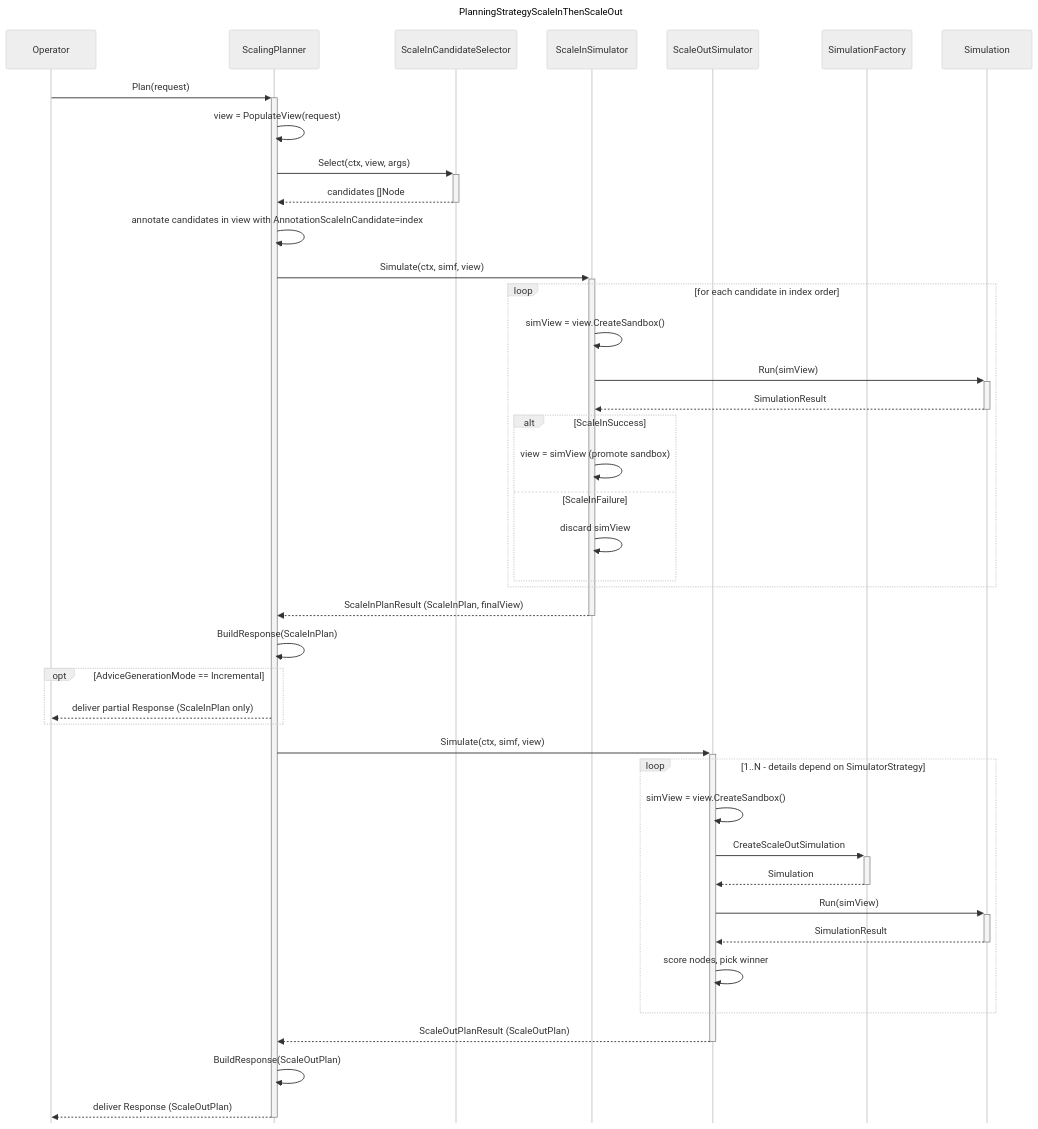
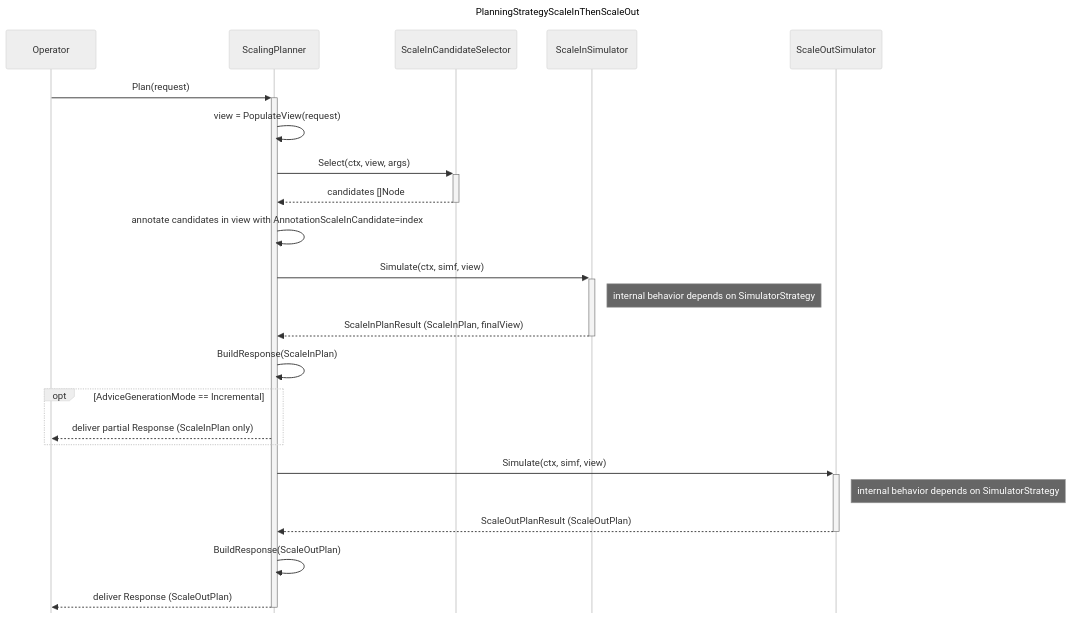
The fourth of 8 diagrams in docs/design.md (gardener/scaling-advisor), drawn with Mermaid (neutral theme) before and after one commit. The commit also changed other lines of this file and 2 other files, not shown here.

````diff
--- a/docs/design.md
+++ b/docs/design.md
@@ -274,53 +266,33 @@
 ```mermaid
 ---
 title: PlanningStrategyScaleInThenScaleOut
 config:
   sequence:
     mirrorActors: false
 ---
 sequenceDiagram
     participant op as Operator
     participant sp as ScalingPlanner
     participant selector as ScaleInCandidateSelector
     participant sis as ScaleInSimulator
     participant sos as ScaleOutSimulator
-    participant simf as SimulationFactory
-    participant sim as Simulation
 
     op->>+sp: Plan(request)
     sp->>sp: view = PopulateView(request)
     sp->>+selector: Select(ctx, view, args)
     selector-->>-sp: candidates []Node
     sp->>sp: annotate candidates in view with AnnotationScaleInCandidate=index
     sp->>+sis: Simulate(ctx, simf, view)
-
-    loop for each candidate in index order
-        sis->>sis: simView = view.CreateSandbox()
-        sis->>+sim: Run(simView)
-        sim-->>-sis: SimulationResult
-        alt ScaleInSuccess
-            sis->>sis: view = simView (promote sandbox)
-        else ScaleInFailure
-            sis->>sis: discard simView
-        end
-    end
-
+    note right of sis: internal behavior depends on SimulatorStrategy
     sis-->>-sp: ScaleInPlanResult (ScaleInPlan, finalView)
     sp->>sp: BuildResponse(ScaleInPlan)
     opt AdviceGenerationMode == Incremental
         sp-->>op: deliver partial Response (ScaleInPlan only)
     end
 
     sp->>+sos: Simulate(ctx, simf, view)
-    loop 1..N - details depend on SimulatorStrategy
-        sos->>sos: simView = view.CreateSandbox()
-        sos->>+simf: CreateScaleOutSimulation
-        simf-->>-sos: Simulation
-        sos->>+sim: Run(simView)
-        sim-->>-sos: SimulationResult
-        sos->>sos: score nodes, pick winner
-    end
+    note right of sos: internal behavior depends on SimulatorStrategy
     sos-->>-sp: ScaleOutPlanResult (ScaleOutPlan)
     sp->>sp: BuildResponse(ScaleOutPlan)
     sp-->>-op: deliver Response (ScaleOutPlan)
 ```
````
